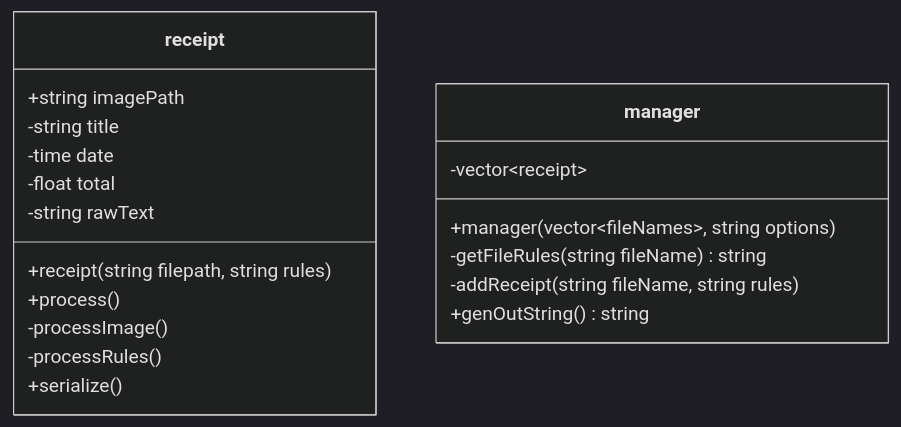
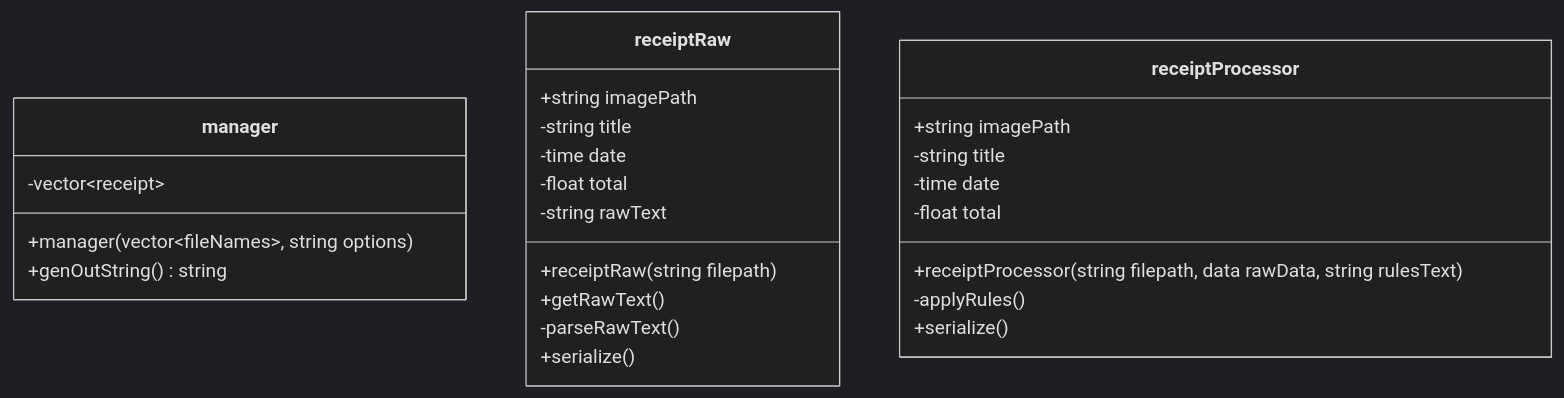
One commit to DJTakushi/receiptReader changed the first of 2 diagrams in README.md. Above: the diagram before and after it, drawn with Mermaid (dark theme). The commit also changed other lines of this file, not shown here.

Commit message:
design refactored for single responsibility principle

````diff
--- a/README.md
+++ b/README.md
@@ -54,24 +57,29 @@
 ```mermaid
 classDiagram
-class receipt{
+class manager{
+  -vector~receipt~
+  +manager(vector~fileNames~, string options)
+  +genOutString() string
+}
+class receiptRaw{
   +string imagePath
   -string title
   -time date
   -float total
   -string rawText
-  +receipt(string filepath, string rules)
-  +process()
-  -processImage()
-  -processRules()
+  +receiptRaw(string filepath)
+  +getRawText()
+  -parseRawText()
   +serialize()
 }
+class receiptProcessor{
+  +string imagePath
+  -string title
+  -time date
+  -float total
 
-class manager{
-  -vector~receipt~
-  +manager(vector~fileNames~, string options)
-  -getFileRules(string fileName) string
-  -addReceipt(string fileName, string rules)
-  +genOutString() string
+  +receiptProcessor(string filepath, data rawData, string rulesText)
+  -applyRules()
+  +serialize()
 }
-
 ```
````
